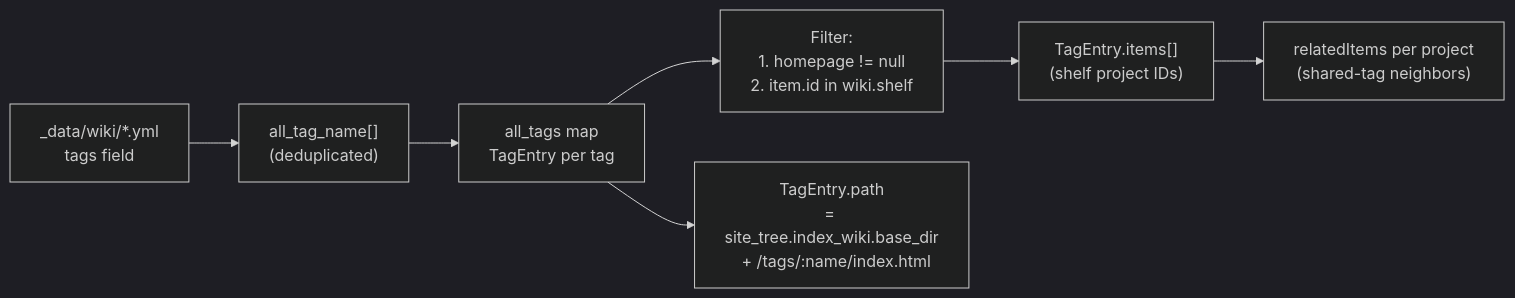
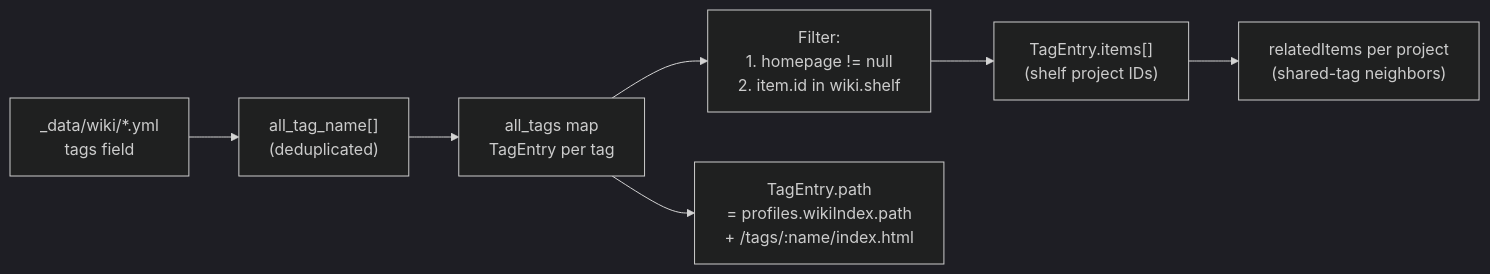
The fifth of 6 diagrams in docs/knowledge/03-内容系统/wiki-docs.md (xaoxuu/hexo-theme-stellar), drawn with Mermaid (dark theme) before and after one commit. The commit also changed other lines of this file and 861 other files, not shown here.

````diff
--- a/docs/knowledge/03-内容系统/wiki-docs.md
+++ b/docs/knowledge/03-内容系统/wiki-docs.md
@@ -344,9 +388,9 @@
 ```mermaid
 graph LR
     A["_data/wiki/*.yml\ntags field"] --> B["all_tag_name[]\n(deduplicated)"]
     B --> C["all_tags map\nTagEntry per tag"]
     C --> D["Filter:\n1. homepage != null\n2. item.id in wiki.shelf"]
     D --> E["TagEntry.items[]\n(shelf project IDs)"]
     E --> F["relatedItems per project\n(shared-tag neighbors)"]
-    C --> G["TagEntry.path\n= site_tree.index_wiki.base_dir\n  + /tags/:name/index.html"]
+    C --> G["TagEntry.path\n= profiles.wikiIndex.path\n  + /tags/:name/index.html"]
 ```
````
